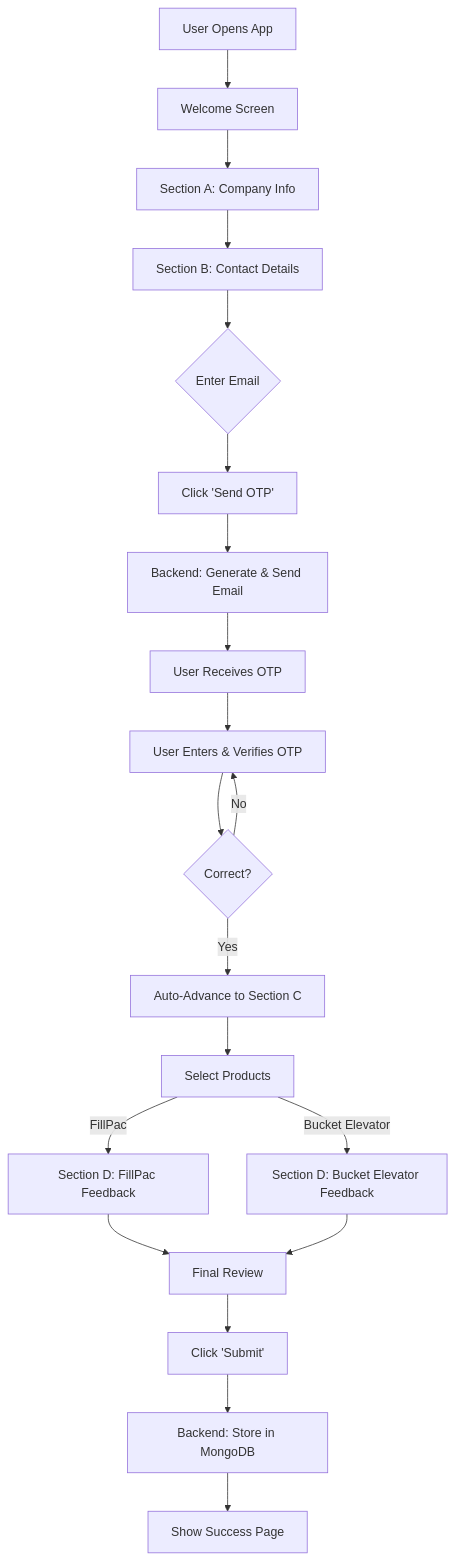
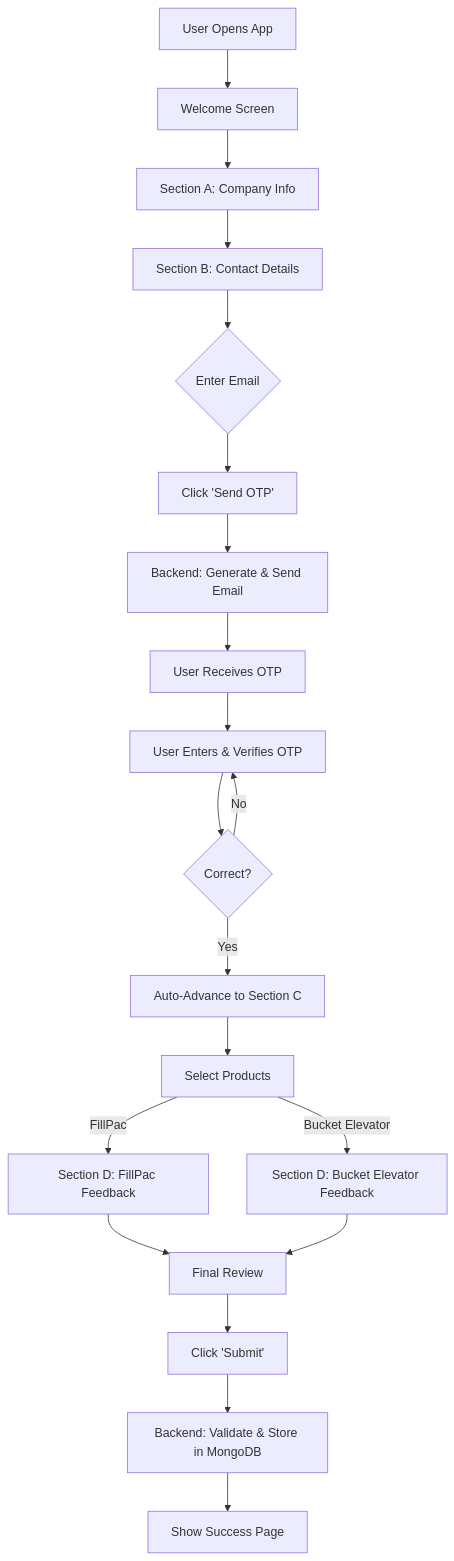
One commit to Jayant3104/Beumer_FeedbackForm changed the diagram in ARCHITECTURE.md. Above: the diagram before and after it, drawn with Mermaid. The commit also changed other lines of this file and 1 other file, not shown here.

Commit message:
Docs: Update README and ARCHITECTURE for Vercel deployment and robust MongoDB fix

````diff
--- a/ARCHITECTURE.md
+++ b/ARCHITECTURE.md
@@ -36,22 +34,22 @@
 ```mermaid
 graph TD
     A[User Opens App] --> B[Welcome Screen]
     B --> C[Section A: Company Info]
     C --> D[Section B: Contact Details]
     D --> E{Enter Email}
     E --> F[Click 'Send OTP']
     F --> G[Backend: Generate & Send Email]
     G --> H[User Receives OTP]
     H --> I[User Enters & Verifies OTP]
     I --> J{Correct?}
     J -- No --> I
     J -- Yes --> K[Auto-Advance to Section C]
     K --> L[Select Products]
     L -- FillPac --> M[Section D: FillPac Feedback]
     L -- Bucket Elevator --> N[Section D: Bucket Elevator Feedback]
     M --> O[Final Review]
     N --> O
     O --> P[Click 'Submit']
-    P --> Q[Backend: Store in MongoDB]
+    P --> Q[Backend: Validate & Store in MongoDB]
     Q --> R[Show Success Page]
 ```
````
